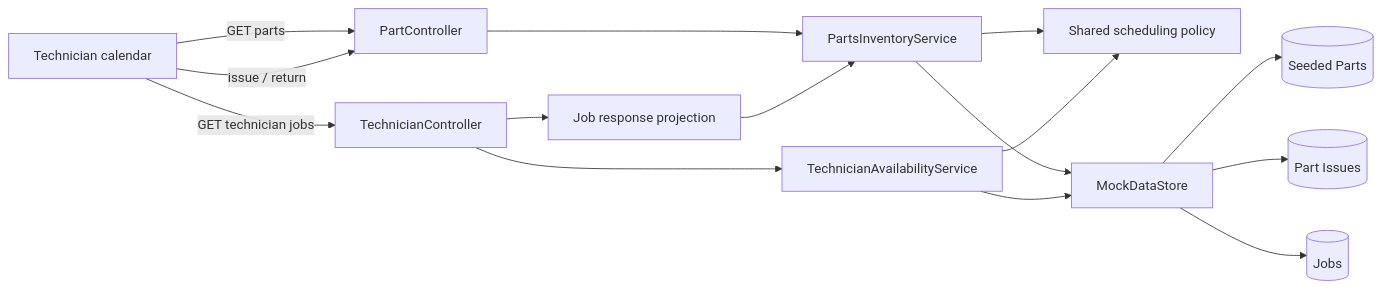
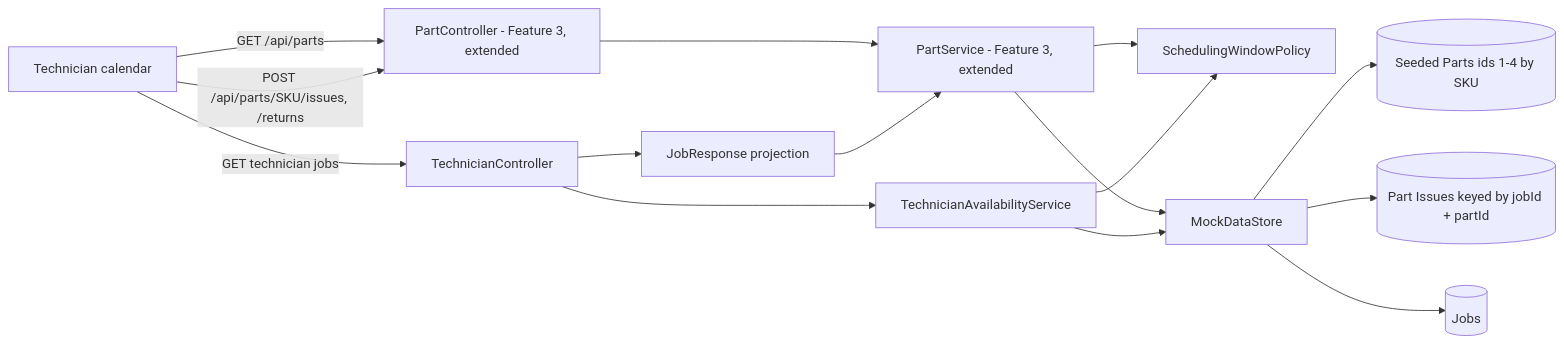
Before and after one commit to sraul111/sf: the diagram in pipeline/feature2/architecture-adr.md, drawn with Mermaid. The commit also changed other lines of this file and 37 other files, not shown here.

````diff
--- a/pipeline/feature2/architecture-adr.md
+++ b/pipeline/feature2/architecture-adr.md
@@ -118,17 +235,17 @@
 ```mermaid
 flowchart LR
-    UI[Technician calendar] -->|GET parts| PC[PartController]
-    UI -->|issue / return| PC
+    UI[Technician calendar] -->|GET /api/parts| PC[PartController - Feature 3, extended]
+    UI -->|POST /api/parts/SKU/issues, /returns| PC
     UI -->|GET technician jobs| TC[TechnicianController]
-    PC --> PIS[PartsInventoryService]
+    PC --> PS[PartService - Feature 3, extended]
     TC --> TAS[TechnicianAvailabilityService]
-    TC --> JP[Job response projection]
-    JP --> PIS
-    PIS --> DSP[Shared scheduling policy]
+    TC --> JP[JobResponse projection]
+    JP --> PS
+    PS --> DSP[SchedulingWindowPolicy]
     TAS --> DSP
-    PIS --> DS[MockDataStore]
+    PS --> DS[MockDataStore]
     TAS --> DS
-    DS --> Parts[(Seeded Parts)]
-    DS --> Issues[(Part Issues)]
+    DS --> Parts[(Seeded Parts ids 1-4 by SKU)]
+    DS --> Issues[(Part Issues keyed by jobId + partId)]
     DS --> Jobs[(Jobs)]
 ```
````
